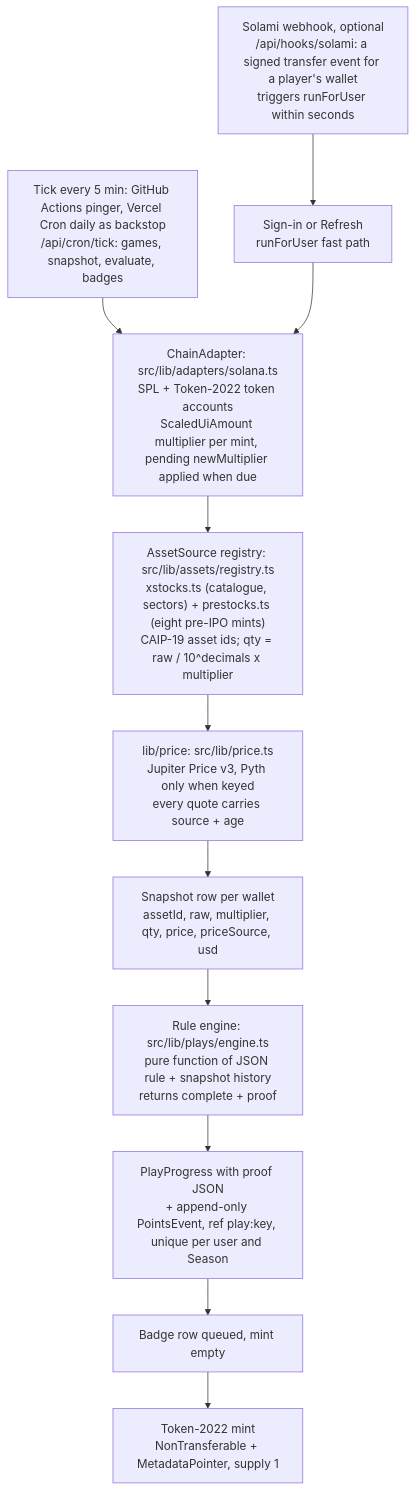
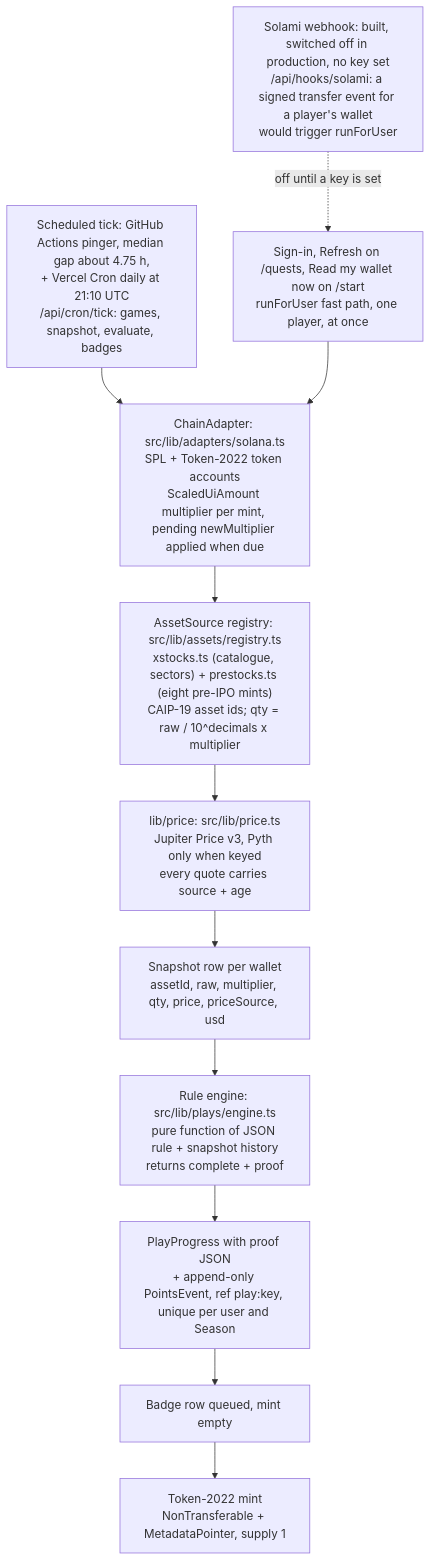
The first of 2 diagrams in README.md (djbigzzz/dulo), drawn with Mermaid before and after one commit. The commit also changed other lines of this file and 49 other files, not shown here.

````diff
--- a/README.md
+++ b/README.md
@@ -227,20 +229,20 @@
 ```mermaid
 flowchart TD
-  cron["Tick every 5 min: GitHub Actions pinger, Vercel Cron daily as backstop<br/>/api/cron/tick: games, snapshot, evaluate, badges"]
-  fast["Sign-in or Refresh<br/>runForUser fast path"]
+  cron["Scheduled tick: GitHub Actions pinger, median gap about 4.75 h,<br/>+ Vercel Cron daily at 21:10 UTC<br/>/api/cron/tick: games, snapshot, evaluate, badges"]
+  fast["Sign-in, Refresh on /quests, Read my wallet now on /start<br/>runForUser fast path, one player, at once"]
   adapter["ChainAdapter: src/lib/adapters/solana.ts<br/>SPL + Token-2022 token accounts<br/>ScaledUiAmount multiplier per mint, pending newMultiplier applied when due"]
   assets["AssetSource registry: src/lib/assets/registry.ts<br/>xstocks.ts (catalogue, sectors) + prestocks.ts (eight pre-IPO mints)<br/>CAIP-19 asset ids; qty = raw / 10^decimals x multiplier"]
   price["lib/price: src/lib/price.ts<br/>Jupiter Price v3, Pyth only when keyed<br/>every quote carries source + age"]
   snap["Snapshot row per wallet<br/>assetId, raw, multiplier, qty, price, priceSource, usd"]
   engine["Rule engine: src/lib/plays/engine.ts<br/>pure function of JSON rule + snapshot history<br/>returns complete + proof"]
   ledger["PlayProgress with proof JSON<br/>+ append-only PointsEvent, ref play:key, unique per user and Season"]
   queue["Badge row queued, mint empty"]
   mint["Token-2022 mint<br/>NonTransferable + MetadataPointer, supply 1"]
 
-  hook["Solami webhook, optional<br/>/api/hooks/solami: a signed transfer event for a player's wallet<br/>triggers runForUser within seconds"]
+  hook["Solami webhook: built, switched off in production, no key set<br/>/api/hooks/solami: a signed transfer event for a player's wallet<br/>would trigger runForUser"]
 
   cron --> adapter
   fast --> adapter
-  hook --> fast
+  hook -.->|off until a key is set| fast
   adapter --> assets --> price --> snap --> engine --> ledger --> queue --> mint
 ```
````
